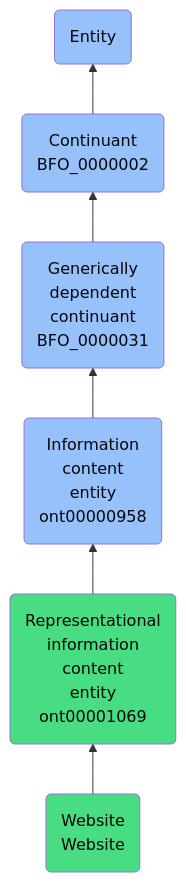
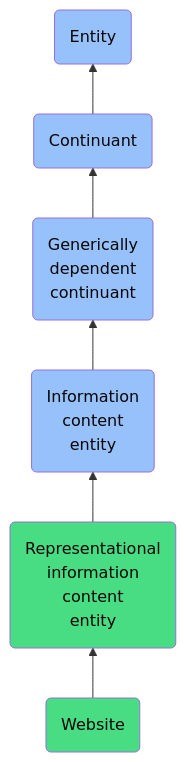
One commit to jupyter-naas/abi changed the diagram in docs/ontology/reference/model/Entity/Continuant/Generically dependent continuant/Information content entity/Representational information content entity/Website/Website.md. Above: the diagram before and after it, drawn with Mermaid. The commit also changed other lines of this file and 1430 other files, not shown here.

````diff
--- a/docs/ontology/reference/model/Entity/Continuant/Generically dependent continuant/Information content entity/Representational information content entity/Website/Website.md
+++ b/docs/ontology/reference/model/Entity/Continuant/Generically dependent continuant/Information content entity/Representational information content entity/Website/Website.md
@@ -24,13 +24,13 @@
 ```mermaid
 graph BT
-    Website(Website<br>Website):::ABI-->ont00001069
-    ont00001069(Representational<br>information<br>content<br>entity<br>ont00001069):::ABI-->ont00000958
-    ont00000958(Information<br>content<br>entity<br>ont00000958):::BFO-->BFO_0000031
-    BFO_0000031(Generically<br>dependent<br>continuant<br>BFO_0000031):::BFO-->BFO_0000002
-    BFO_0000002(Continuant<br>BFO_0000002):::BFO-->BFO_0000001
+    Website(Website):::ABI-->ont00001069
+    ont00001069(Representational<br>information<br>content<br>entity):::ABI-->ont00000958
+    ont00000958(Information<br>content<br>entity):::BFO-->BFO_0000031
+    BFO_0000031(Generically<br>dependent<br>continuant):::BFO-->BFO_0000002
+    BFO_0000002(Continuant):::BFO-->BFO_0000001
     BFO_0000001(Entity):::BFO
     
     classDef BFO fill:#97c1fb,color:#060606
     classDef CCO fill:#e4c51e,color:#060606
     classDef ABI fill:#48DD82,color:#060606
 ```
````
